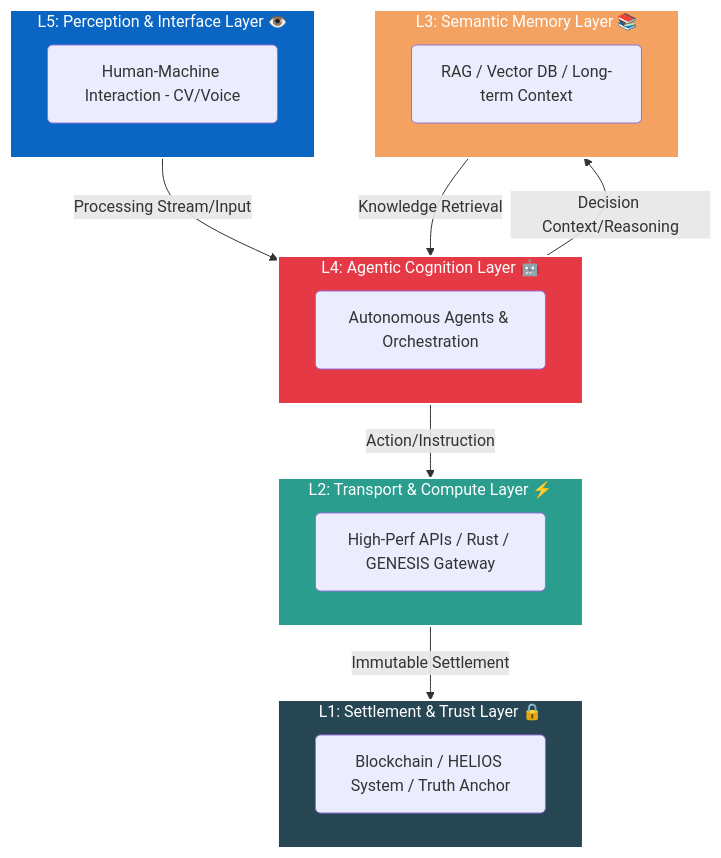
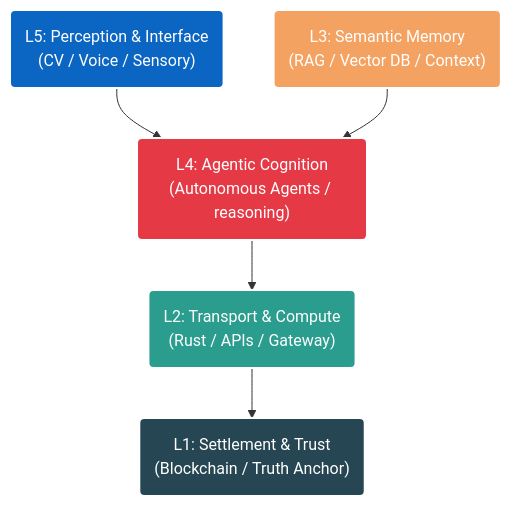
The diagram in README.md (DaviBonetto/DaviBonetto), drawn with Mermaid before and after one commit. The commit also changed other lines of this file, not shown here.

Commit message:
Revise README with updated diagrams and metrics
Updated engineering philosophy diagram and added metrics section.

````diff
--- a/README.md
+++ b/README.md
@@ -45,34 +45,22 @@
 ```mermaid
 graph TD
-    subgraph L5 [L5: Perception & Interface Layer  👁️]
-        HMI(Human-Machine Interaction - CV/Voice)
-    end
+    %% Nodes
+    L5("L5: Perception & Interface<br>(CV / Voice / Sensory)"):::percept
+    L4("L4: Agentic Cognition<br>(Autonomous Agents / reasoning)"):::agent
+    L3("L3: Semantic Memory<br>(RAG / Vector DB / Context)"):::memory
+    L2("L2: Transport & Compute<br>(Rust / APIs / Gateway)"):::compute
+    L1("L1: Settlement & Trust<br>(Blockchain / Truth Anchor)"):::trust
 
-    subgraph L4 [L4: Agentic Cognition Layer  🤖]
-        Agents(Autonomous Agents & Orchestration)
-    end
+    %% Flow
+    L5 --> L4
+    L3 --> L4
+    L4 --> L2
+    L2 --> L1
 
-    subgraph L3 [L3: Semantic Memory Layer  📚]
-        Memory(RAG / Vector DB / Long-term Context)
-    end
-
-    subgraph L2 [L2: Transport & Compute Layer  ⚡]
-        Compute(High-Perf APIs / Rust / GENESIS Gateway)
-    end
-
-    subgraph L1 [L1: Settlement & Trust Layer  🔒]
-        Trust(Blockchain / HELIOS System / Truth Anchor)
-    end
-
-    L5 -->|Processing Stream/Input| L4
-    L4 -->|Decision Context/Reasoning| L3
-    L3 -->|Knowledge Retrieval| L4
-    L4 -->|Action/Instruction| L2
-    L2 -->|Immutable Settlement| L1
-
-    style L5 fill:#0A66C2,stroke:#fff,stroke-width:2px,color:#fff
-    style L4 fill:#E63946,stroke:#fff,stroke-width:2px,color:#fff
-    style L3 fill:#F4A261,stroke:#fff,stroke-width:2px,color:#fff
-    style L2 fill:#2A9D8F,stroke:#fff,stroke-width:2px,color:#fff
-    style L1 fill:#264653,stroke:#fff,stroke-width:2px,color:#fff
+    %% Styling
+    classDef percept fill:#0A66C2,stroke:#fff,stroke-width:2px,color:#fff
+    classDef agent fill:#E63946,stroke:#fff,stroke-width:2px,color:#fff
+    classDef memory fill:#F4A261,stroke:#fff,stroke-width:2px,color:#fff
+    classDef compute fill:#2A9D8F,stroke:#fff,stroke-width:2px,color:#fff
+    classDef trust fill:#264653,stroke:#fff,stroke-width:2px,color:#fff
 ```
````
